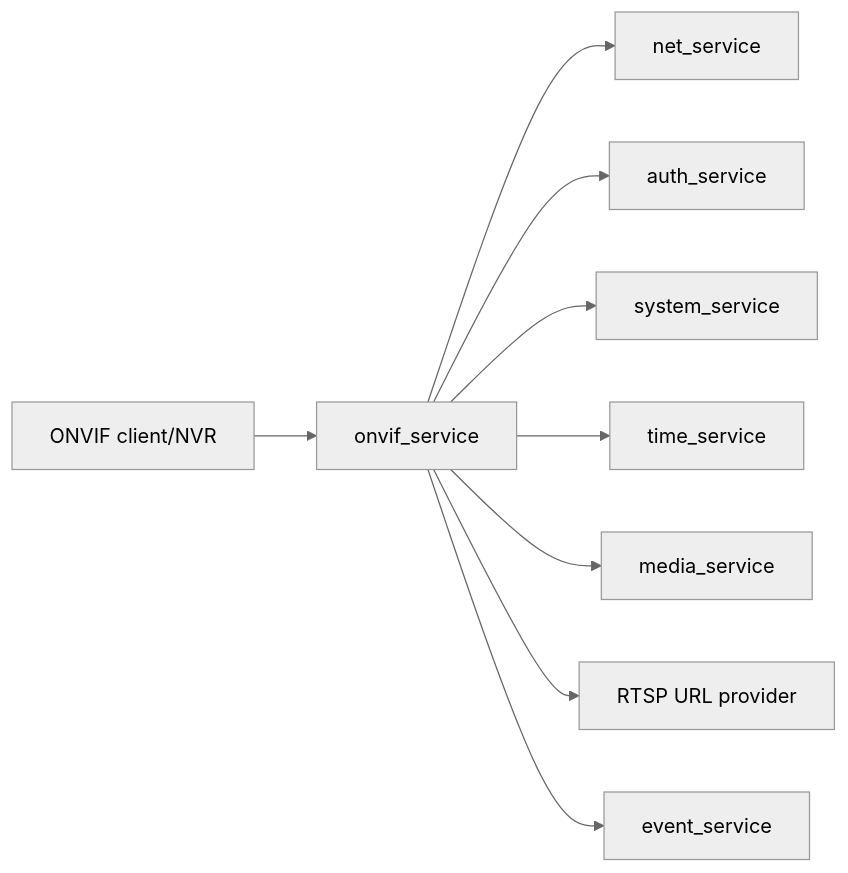
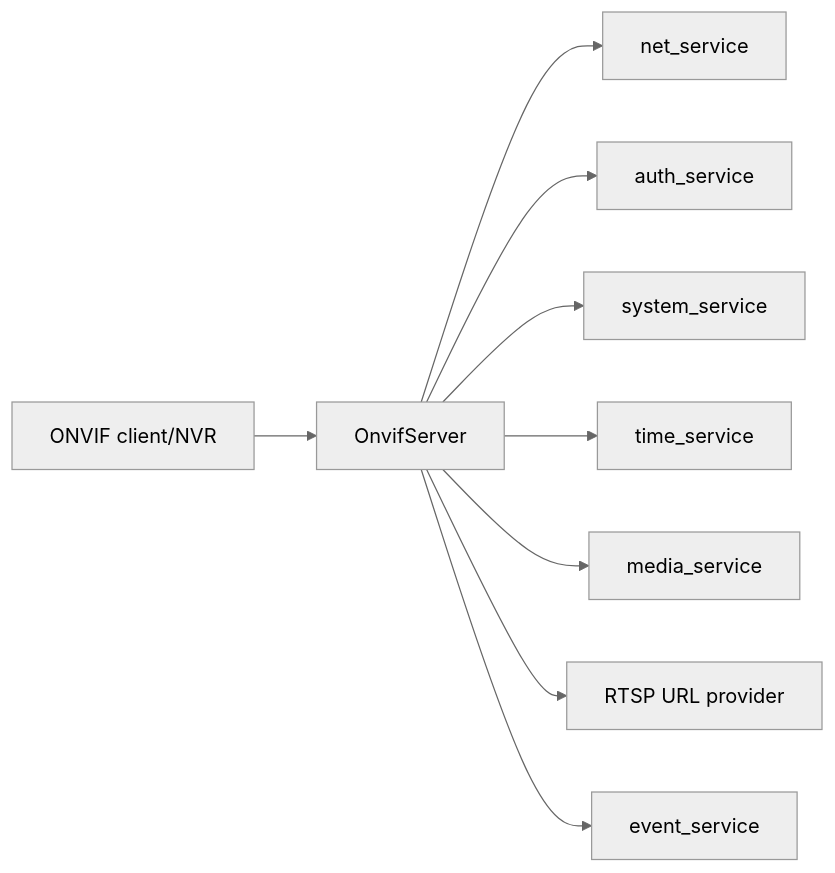
The diagram in docs/libs/onvif-service-design.md (373699756/live_stream), drawn with Mermaid (neutral theme) before and after one commit. The commit also changed other lines of this file and 33 other files, not shown here.

Commit message:
refactor(onvif): rebuild server framework

````diff
--- a/docs/libs/onvif-service-design.md
+++ b/docs/libs/onvif-service-design.md
@@ -10,11 +11,11 @@
 ```mermaid
 flowchart LR
-  Client[ONVIF client/NVR] --> ONVIF[onvif_service]
+  Client[ONVIF client/NVR] --> ONVIF[OnvifServer]
   ONVIF --> Net[net_service]
   ONVIF --> Auth[auth_service]
   ONVIF --> System[system_service]
   ONVIF --> Time[time_service]
   ONVIF --> Media[media_service]
   ONVIF --> RTSP[RTSP URL provider]
   ONVIF --> Event[event_service]
 ```
````
